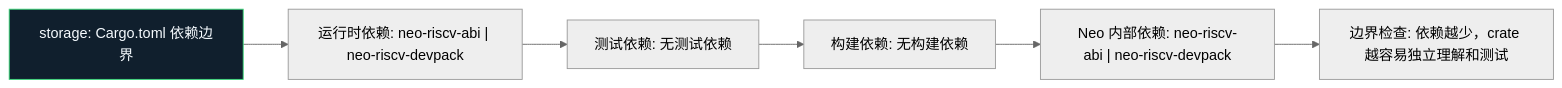
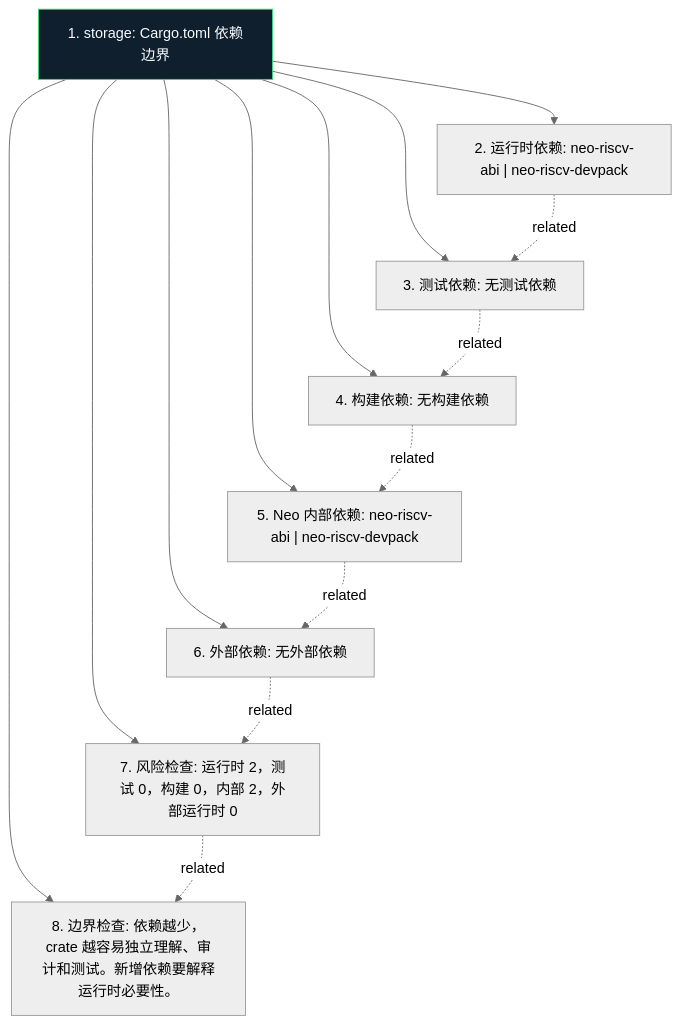
One commit to r3e-network/neo-riscv-vm changed the diagram in examples/storage/docs/figures/dependency-map.zh.mmd. Above: the diagram before and after it, drawn with Mermaid (neutral theme). The commit also changed 571 other files, not shown here.

Commit message:
Deepen crate diagrams with source-aware atlas

```diff
--- a/examples/storage/docs/figures/dependency-map.zh.mmd
+++ b/examples/storage/docs/figures/dependency-map.zh.mmd
@@ -1,14 +1,24 @@
-flowchart LR
-    N1["storage: Cargo.toml 依赖边界"]
-    N2["运行时依赖: neo-riscv-abi | neo-riscv-devpack"]
-    N3["测试依赖: 无测试依赖"]
-    N4["构建依赖: 无构建依赖"]
-    N5["Neo 内部依赖: neo-riscv-abi | neo-riscv-devpack"]
-    N6["边界检查: 依赖越少，crate 越容易独立理解和测试"]
+flowchart TB
+    N1["1. storage: Cargo.toml 依赖边界"]
+    N2["2. 运行时依赖: neo-riscv-abi | neo-riscv-devpack"]
+    N3["3. 测试依赖: 无测试依赖"]
+    N4["4. 构建依赖: 无构建依赖"]
+    N5["5. Neo 内部依赖: neo-riscv-abi | neo-riscv-devpack"]
+    N6["6. 外部依赖: 无外部依赖"]
+    N7["7. 风险检查: 运行时 2，测试 0，构建 0，内部 2，外部运行时 0"]
+    N8["8. 边界检查: 依赖越少，crate 越容易独立理解、审计和测试。新增依赖要解释运行时必要性。"]
     N1 --> N2
-    N2 --> N3
-    N3 --> N4
-    N4 --> N5
-    N5 --> N6
+    N1 --> N3
+    N1 --> N4
+    N1 --> N5
+    N1 --> N6
+    N1 --> N7
+    N1 --> N8
+    N2 -. related .-> N3
+    N3 -. related .-> N4
+    N4 -. related .-> N5
+    N5 -. related .-> N6
+    N6 -. related .-> N7
+    N7 -. related .-> N8
     classDef crate fill:#101f2d,stroke:#38d978,color:#f6fbff
     class N1 crate
```
